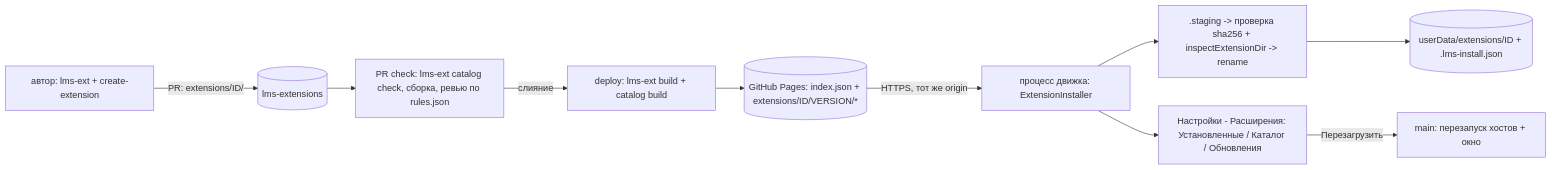
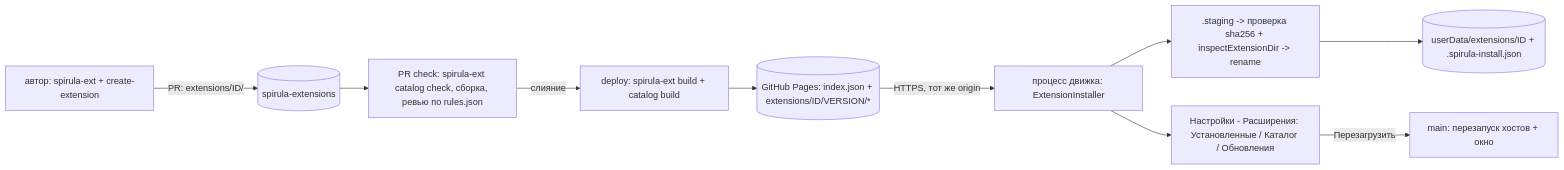
Before and after one commit to dolphy-app/dolphy: the diagram in specs/extension-install/SPEC.md, drawn with Mermaid. The commit also changed other lines of this file and 596 other files, not shown here.

First line of the commit message:
refactor(repo): rename project from LMS to Spirula

````diff
--- a/specs/extension-install/SPEC.md
+++ b/specs/extension-install/SPEC.md
@@ -88,12 +88,12 @@
 ```mermaid
 flowchart LR
-  A[автор: lms-ext + create-extension] -->|PR: extensions/ID/| R[(lms-extensions)]
-  R --> C1[PR check: lms-ext catalog check, сборка, ревью по rules.json]
-  C1 -->|слияние| D[deploy: lms-ext build + catalog build]
+  A[автор: spirula-ext + create-extension] -->|PR: extensions/ID/| R[(spirula-extensions)]
+  R --> C1[PR check: spirula-ext catalog check, сборка, ревью по rules.json]
+  C1 -->|слияние| D[deploy: spirula-ext build + catalog build]
   D --> P[(GitHub Pages: index.json + extensions/ID/VERSION/*)]
   P -->|HTTPS, тот же origin| E[процесс движка: ExtensionInstaller]
   E --> S[.staging -> проверка sha256 + inspectExtensionDir -> rename]
-  S --> U[(userData/extensions/ID + .lms-install.json)]
+  S --> U[(userData/extensions/ID + .spirula-install.json)]
   E --> UI[Настройки - Расширения: Установленные / Каталог / Обновления]
   UI -->|Перезагрузить| M[main: перезапуск хостов + окно]
 ```
````
